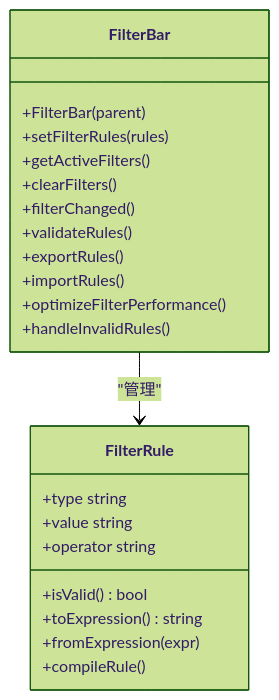
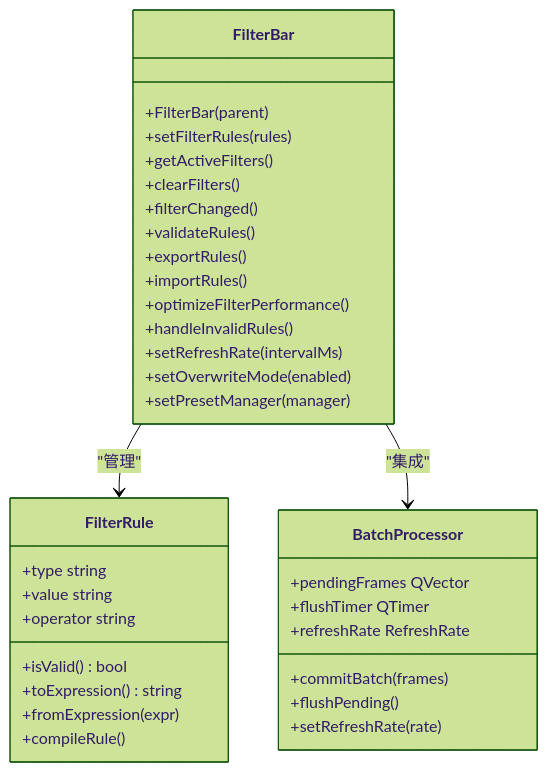
One commit to jakecai1225-design/OpenBus changed diagram 11 of 23 in .qoder/repowiki/zh/content/架构设计/UI系统设计/UI系统设计.md. Above: the diagram before and after it, drawn with Mermaid (forest theme). The commit also changed other lines of this file and 71 other files, not shown here.

Commit message:
graphic trace

````diff
--- a/.qoder/repowiki/zh/content/架构设计/UI系统设计/UI系统设计.md
+++ b/.qoder/repowiki/zh/content/架构设计/UI系统设计/UI系统设计.md
@@ -815,25 +890,37 @@
 ```mermaid
 classDiagram
 class FilterBar {
 +FilterBar(parent)
 +setFilterRules(rules)
 +getActiveFilters()
 +clearFilters()
 +filterChanged()
 +validateRules()
 +exportRules()
 +importRules()
 +optimizeFilterPerformance()
 +handleInvalidRules()
++setRefreshRate(intervalMs)
++setOverwriteMode(enabled)
++setPresetManager(manager)
 }
 class FilterRule {
 +type string
 +value string
 +operator string
 +isValid() bool
 +toExpression() string
 +fromExpression(expr)
 +compileRule()
 }
+class BatchProcessor {
++pendingFrames QVector<CanFrame>
++flushTimer QTimer
++refreshRate RefreshRate
++commitBatch(frames)
++flushPending()
++setRefreshRate(rate)
+}
 FilterBar --> FilterRule : "管理"
+FilterBar --> BatchProcessor : "集成"
 ```
````
